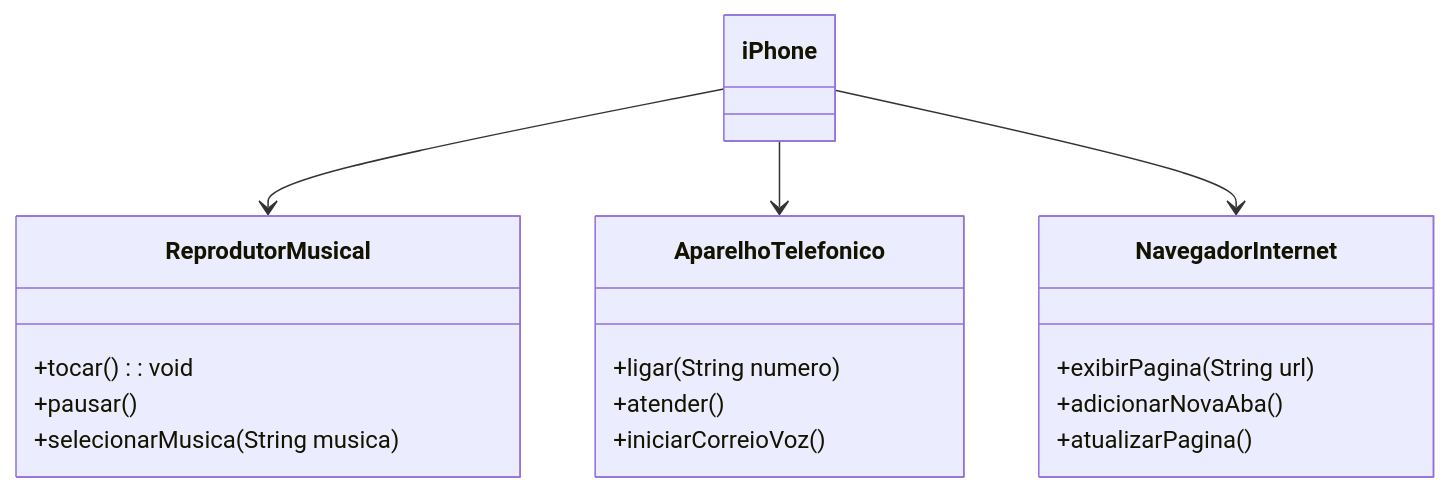
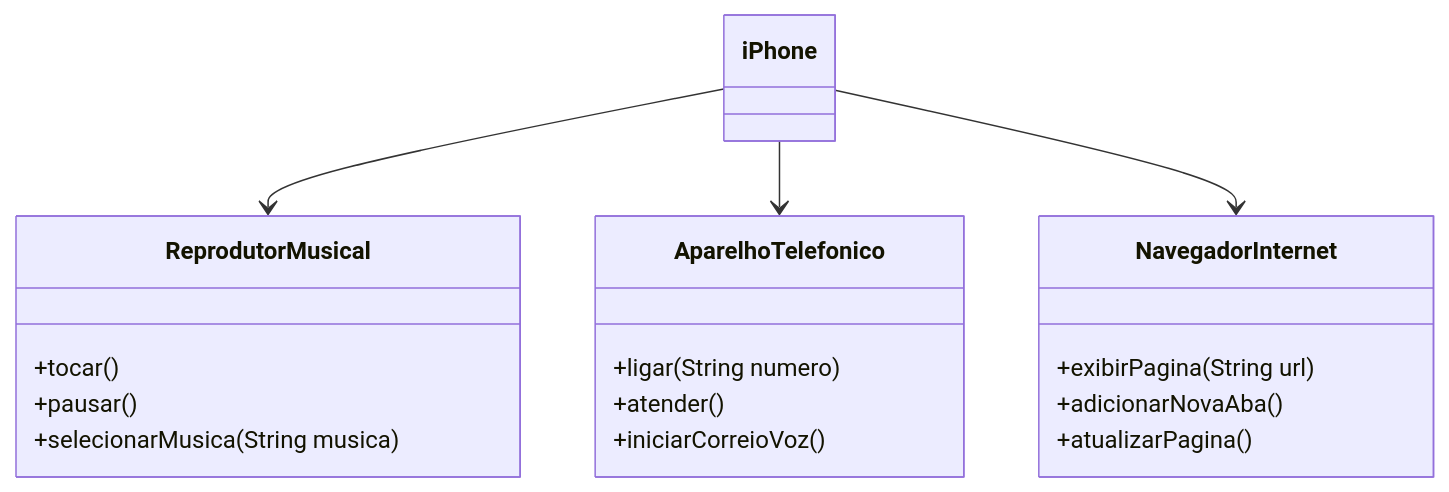
Before and after one commit to gisellesouzaa/dio-curso-java: the diagram in modelandoiphone/README.md, drawn with Mermaid.

Commit message:
Update UML

````diff
--- a/modelandoiphone/README.md
+++ b/modelandoiphone/README.md
@@ -27,27 +27,27 @@
 ```mermaid
 classDiagram
     class ReprodutorMusical {
-        +tocar(): void
+        +tocar() 
         +pausar()
         +selecionarMusica(String musica)
     }
 
     class AparelhoTelefonico {
         +ligar(String numero)
         +atender()
         +iniciarCorreioVoz()
     }
 
     class NavegadorInternet {
         +exibirPagina(String url)
         +adicionarNovaAba()
         +atualizarPagina()
     }
 
     class iPhone {
     }
 
     iPhone --> ReprodutorMusical
     iPhone --> AparelhoTelefonico
     iPhone --> NavegadorInternet     
 ```
````
